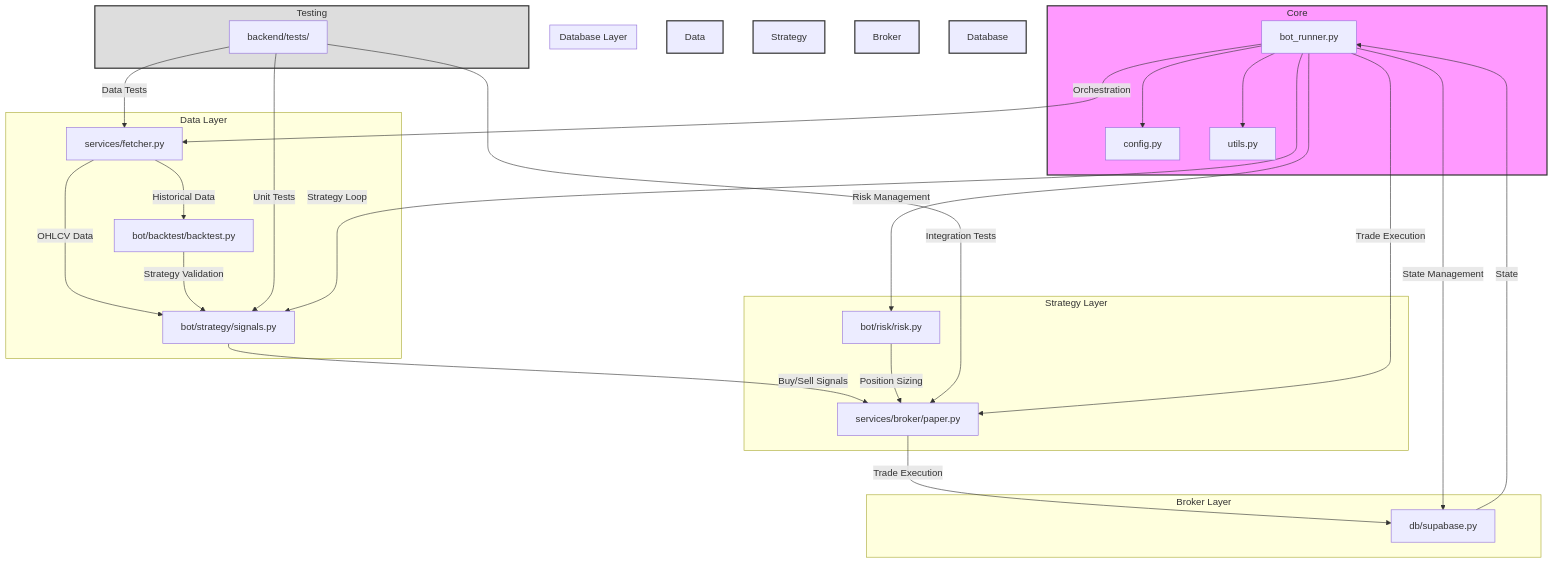
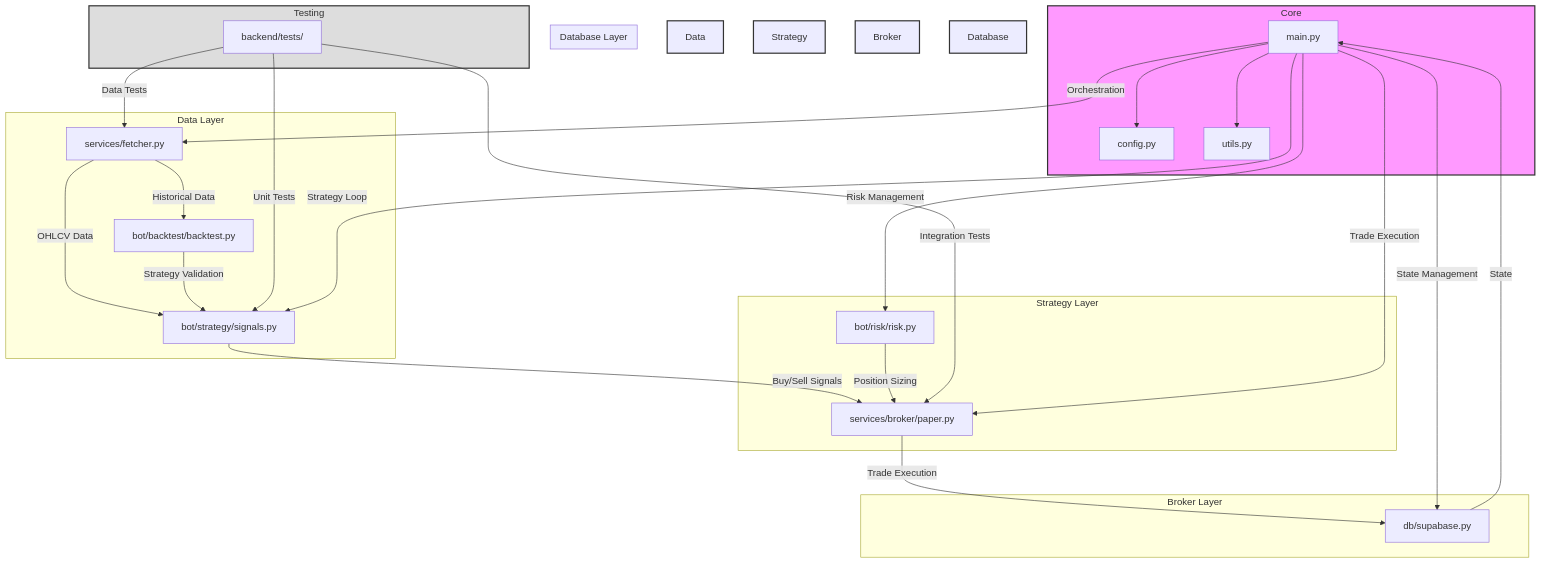
One commit to NickKasten/qual-quant changed the second of 2 diagrams in docs/README.md. Above: the diagram before and after it, drawn with Mermaid. The commit also changed other lines of this file and 4 other files, not shown here.

First line of the commit message:
Clean up legacy bot_runner.py and update documentation

````diff
--- a/docs/README.md
+++ b/docs/README.md
@@ -406,45 +407,45 @@
 ```mermaid
 graph TD
     subgraph Core
-        Main[bot_runner.py] --> Config[config.py]
+        Main[main.py] --> Config[config.py]
         Main --> Utils[utils.py]
     end
 
     subgraph Data Layer
         Fetcher[services/fetcher.py] --> |OHLCV Data| Signals
         Fetcher --> |Historical Data| Backtest
     end
 
     subgraph Strategy Layer
         Signals[bot/strategy/signals.py] --> |Buy/Sell Signals| Paper
         Risk[bot/risk/risk.py] --> |Position Sizing| Paper
         Backtest[bot/backtest/backtest.py] --> |Strategy Validation| Signals
     end
 
     subgraph Broker Layer
         Paper[services/broker/paper.py] --> |Trade Execution| DB
     end
 
     subgraph Database Layer
         DB[db/supabase.py] --> |State| Main
     end
 
     subgraph Testing
         Tests[backend/tests/] --> |Unit Tests| Signals
         Tests --> |Integration Tests| Paper
         Tests --> |Data Tests| Fetcher
     end
 
     Main --> |Orchestration| Fetcher
     Main --> |Strategy Loop| Signals
     Main --> |Risk Management| Risk
     Main --> |Trade Execution| Paper
     Main --> |State Management| DB
 
     style Core fill:#f9f,stroke:#333,stroke-width:2px
     style Data Layer fill:#bbf,stroke:#333,stroke-width:2px
     style Strategy Layer fill:#bfb,stroke:#333,stroke-width:2px
     style Broker Layer fill:#fbb,stroke:#333,stroke-width:2px
     style Database Layer fill:#fbf,stroke:#333,stroke-width:2px
     style Testing fill:#ddd,stroke:#333,stroke-width:2px
 ```
````
